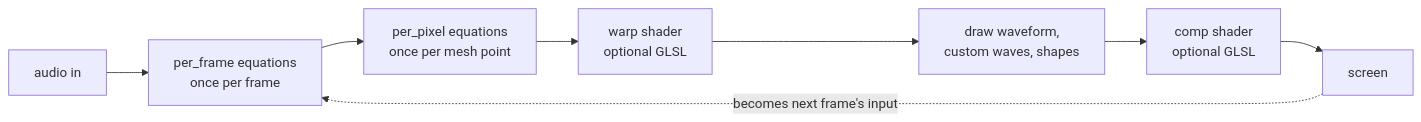
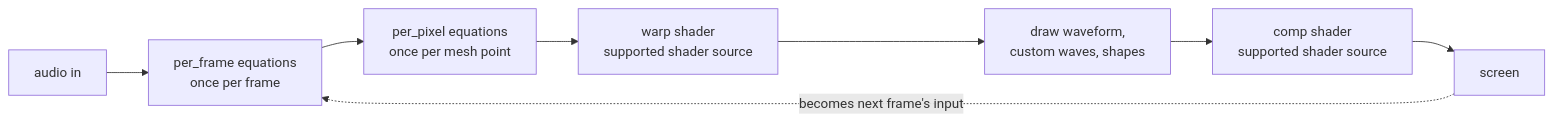
Before and after one commit to zz-plant/stims: the diagram in docs/authoring/01-how-milkdrop-thinks.md, drawn with Mermaid. The commit also changed other lines of this file and 69 other files, not shown here.

````diff
--- a/docs/authoring/01-how-milkdrop-thinks.md
+++ b/docs/authoring/01-how-milkdrop-thinks.md
@@ -46,10 +46,10 @@
 ```mermaid
 flowchart LR
     A[audio in] --> PF[per_frame equations<br/>once per frame]
     PF --> PV[per_pixel equations<br/>once per mesh point]
-    PV --> WS[warp shader<br/>optional GLSL]
+    PV --> WS[warp shader<br/>supported shader source]
     WS --> DRAW[draw waveform,<br/>custom waves, shapes]
-    DRAW --> CS[comp shader<br/>optional GLSL]
+    DRAW --> CS[comp shader<br/>supported shader source]
     CS --> OUT[screen]
     OUT -. becomes next frame's input .-> PF
 ```
````
